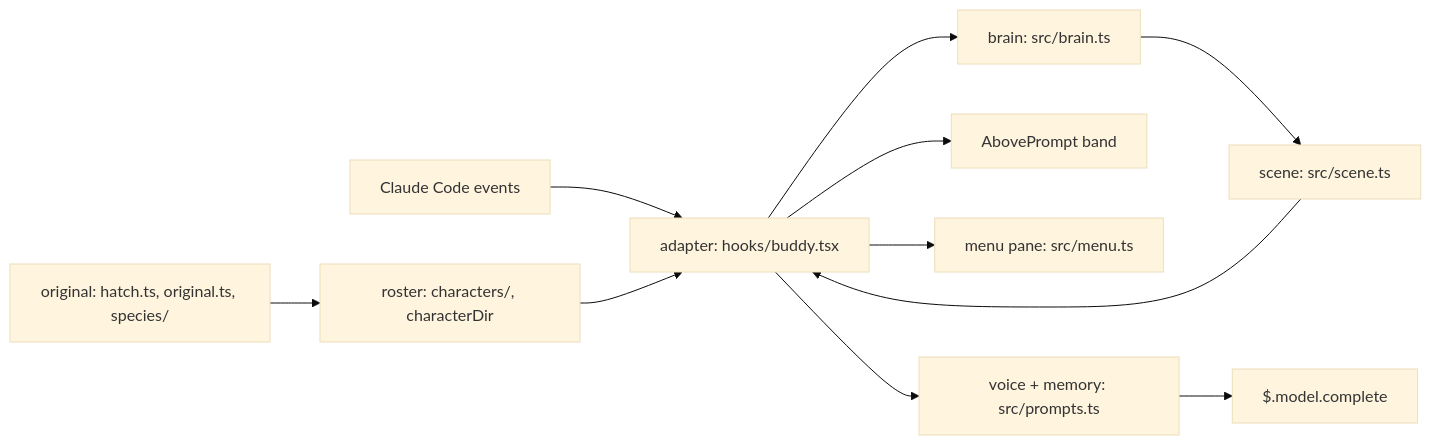
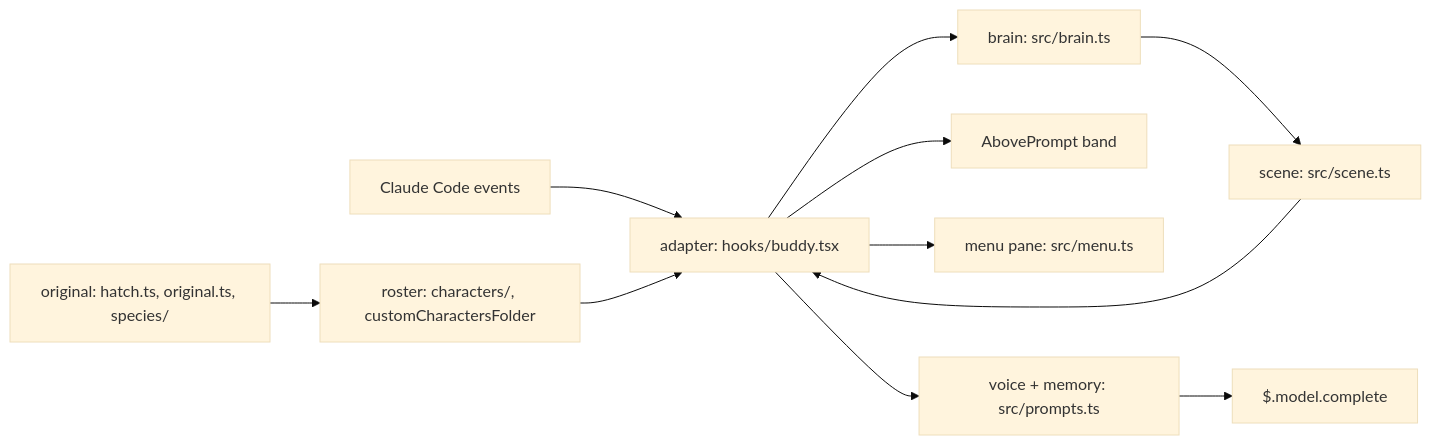
One commit to rezzminator/buddy changed the diagram in docs/design/_index.md. Above: the diagram before and after it, drawn with Mermaid (base theme). The commit also changed other lines of this file and 32 other files, not shown here.

````diff
--- a/docs/design/_index.md
+++ b/docs/design/_index.md
@@ -25,13 +25,13 @@
 ```mermaid
 flowchart LR
   CC["Claude Code events"] --> A["adapter: hooks/buddy.tsx"]
   A --> B["brain: src/brain.ts"]
   B --> S["scene: src/scene.ts"]
   S --> A
   A --> Band["AbovePrompt band"]
-  R["roster: characters/, characterDir"] --> A
+  R["roster: characters/, customCharactersFolder"] --> A
   O["original: hatch.ts, original.ts, species/"] --> R
   A --> M["menu pane: src/menu.ts"]
   A --> V["voice + memory: src/prompts.ts"]
   V --> Model["$.model.complete"]
 ```
````
